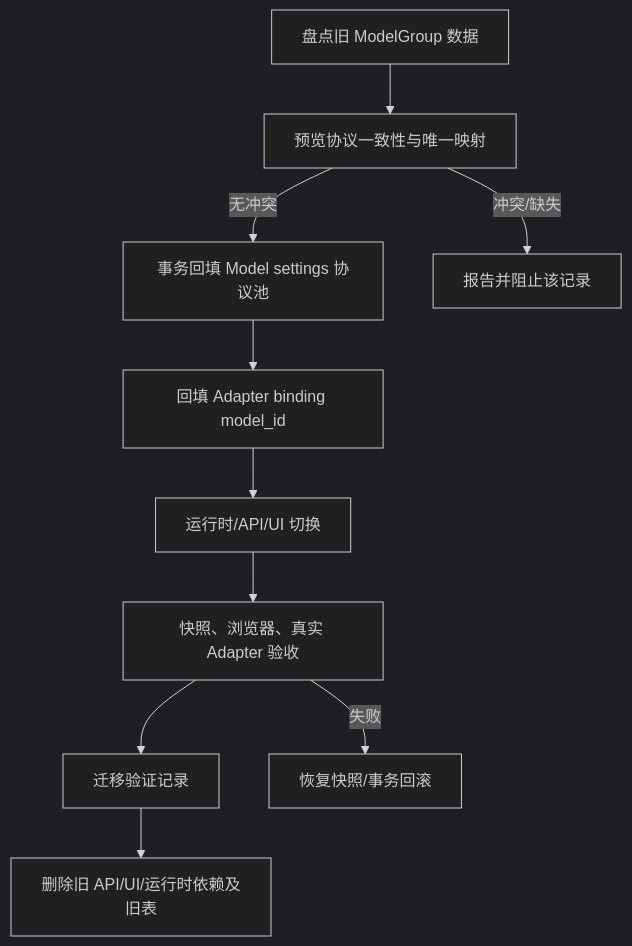
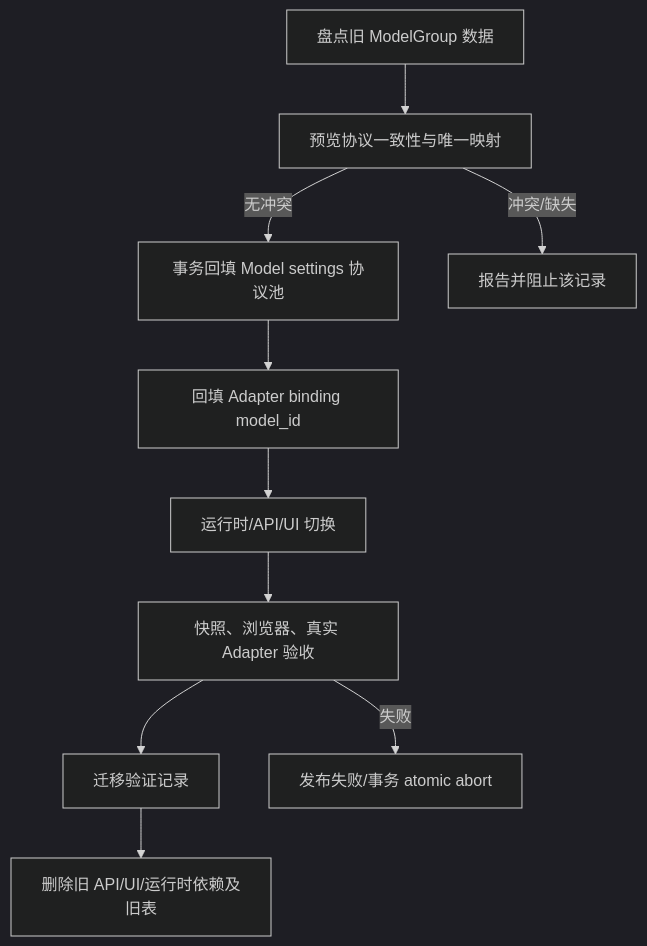
One commit to mutallipp/llm-proxy changed the second of 2 diagrams in docs/plans/2026-07-29-001-feat-single-instance-adapter-gateway-plan.md. Above: the diagram before and after it, drawn with Mermaid (dark theme). The commit also changed other lines of this file, not shown here.

````diff
--- a/docs/plans/2026-07-29-001-feat-single-instance-adapter-gateway-plan.md
+++ b/docs/plans/2026-07-29-001-feat-single-instance-adapter-gateway-plan.md
@@ -87,12 +87,12 @@
 ```mermaid
 flowchart TD
   I[盘点旧 ModelGroup 数据] --> V[预览协议一致性与唯一映射]
   V -->|无冲突| T[事务回填 Model settings 协议池]
   V -->|冲突/缺失| R[报告并阻止该记录]
   T --> B[回填 Adapter binding model_id]
   B --> E[运行时/API/UI 切换]
   E --> Q[快照、浏览器、真实 Adapter 验收]
   Q --> D[迁移验证记录]
   D --> X[删除旧 API/UI/运行时依赖及旧表]
-  Q -->|失败| RB[恢复快照/事务回滚]
+  Q -->|失败| RB[发布失败/事务 atomic abort]
 ```
````
